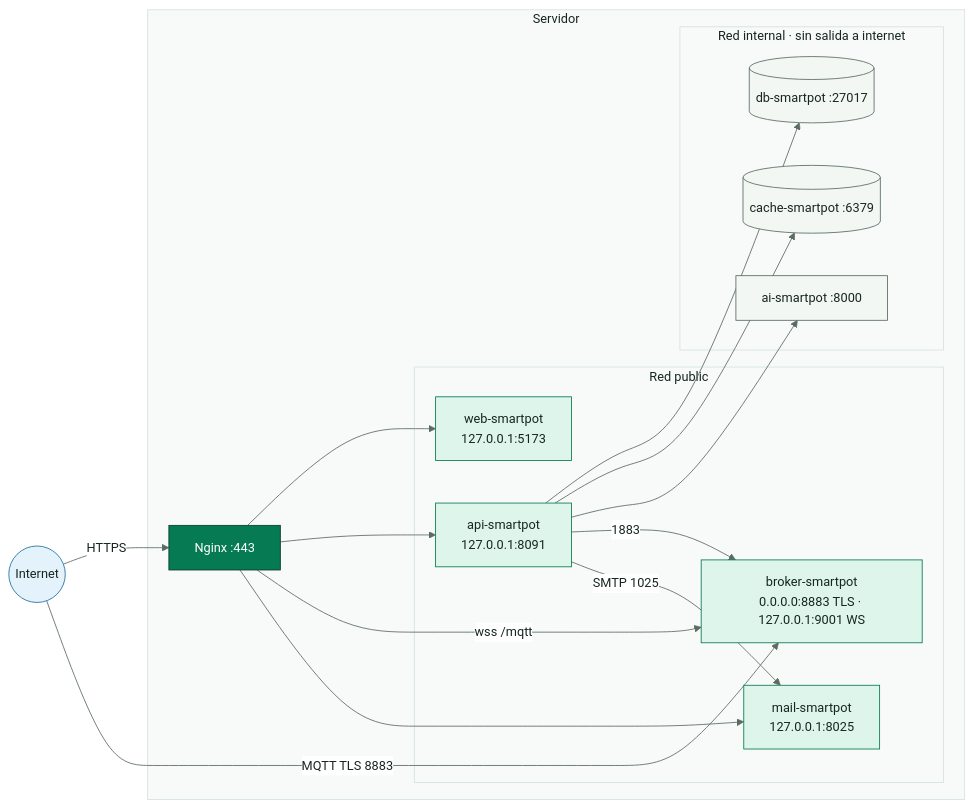
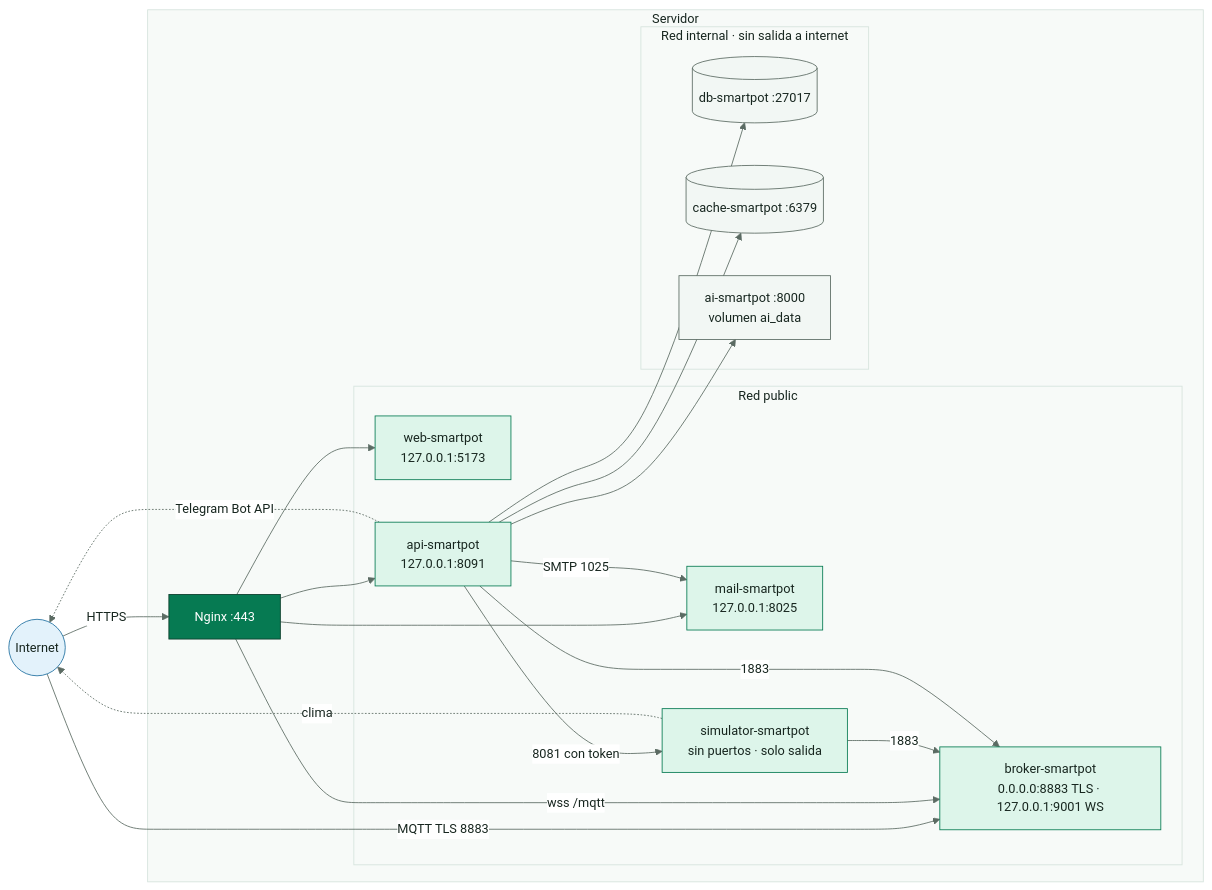
Before and after one commit to SmartPotTech/.github: the diagram in docs/diagramas/SmartPot_07_Redes.mmd, drawn with Mermaid. The commit also changed 1 other file, not shown here.

Commit message:
Update the network diagram

```diff
--- a/docs/diagramas/SmartPot_07_Redes.mmd
+++ b/docs/diagramas/SmartPot_07_Redes.mmd
@@ -1,36 +1,41 @@
 %%{init: {"theme": "base", "fontFamily": "Segoe UI, Arial, sans-serif", "themeVariables": {"fontFamily": "Segoe UI, Arial, sans-serif", "fontSize": "15px", "primaryColor": "#DDF5EA", "primaryTextColor": "#17261F", "primaryBorderColor": "#067A52", "secondaryColor": "#E3F2FB", "secondaryTextColor": "#17261F", "secondaryBorderColor": "#1F6FA0", "tertiaryColor": "#F2F7F4", "tertiaryTextColor": "#17261F", "tertiaryBorderColor": "#D5E3DC", "lineColor": "#5B6B63", "textColor": "#17261F", "mainBkg": "#DDF5EA", "nodeBorder": "#067A52", "clusterBkg": "#F7FAF8", "clusterBorder": "#D5E3DC", "edgeLabelBackground": "#FFFFFF", "actorBkg": "#067A52", "actorBorder": "#0B3D2B", "actorTextColor": "#FFFFFF", "actorLineColor": "#5B6B63", "signalColor": "#17261F", "signalTextColor": "#17261F", "labelBoxBkgColor": "#0B3D2B", "labelBoxBorderColor": "#0B3D2B", "labelTextColor": "#FFFFFF", "loopTextColor": "#0B3D2B", "noteBkgColor": "#FDF4DD", "noteBorderColor": "#C98D12", "noteTextColor": "#17261F", "activationBkgColor": "#DDF5EA", "activationBorderColor": "#067A52", "attributeBackgroundColorOdd": "#FFFFFF", "attributeBackgroundColorEven": "#F2F7F4"}}}%%
 flowchart LR
   internet(("Internet"))
   subgraph host["Servidor"]
     nginx["Nginx :443"]
     subgraph public["Red public"]
       web["web-smartpot<br/>127.0.0.1:5173"]
       api["api-smartpot<br/>127.0.0.1:8091"]
       broker["broker-smartpot<br/>0.0.0.0:8883 TLS · 127.0.0.1:9001 WS"]
       mail["mail-smartpot<br/>127.0.0.1:8025"]
+      sim["simulator-smartpot<br/>sin puertos · solo salida"]
     end
     subgraph internal["Red internal · sin salida a internet"]
       db[("db-smartpot :27017")]
       cache[("cache-smartpot :6379")]
-      ai["ai-smartpot :8000"]
+      ai["ai-smartpot :8000<br/>volumen ai_data"]
     end
   end
   internet -->|"HTTPS"| nginx
   internet -->|"MQTT TLS 8883"| broker
   nginx --> web
   nginx --> api
   nginx -->|"wss /mqtt"| broker
   nginx --> mail
   api --> db
   api --> cache
   api --> ai
+  api -->|"8081 con token"| sim
+  sim -->|"1883"| broker
+  sim -.->|"clima"| internet
+  api -.->|"Telegram Bot API"| internet
   api -->|"1883"| broker
   api -->|"SMTP 1025"| mail
   classDef pub fill:#DDF5EA,stroke:#067A52,color:#17261F
   classDef priv fill:#F2F7F4,stroke:#5B6B63,color:#17261F
   classDef gate fill:#067A52,stroke:#0B3D2B,color:#FFFFFF
   classDef world fill:#E3F2FB,stroke:#1F6FA0,color:#17261F
-  class web,api,broker,mail pub
+  class web,api,broker,mail,sim pub
   class db,cache,ai priv
   class nginx gate
   class internet world
```
